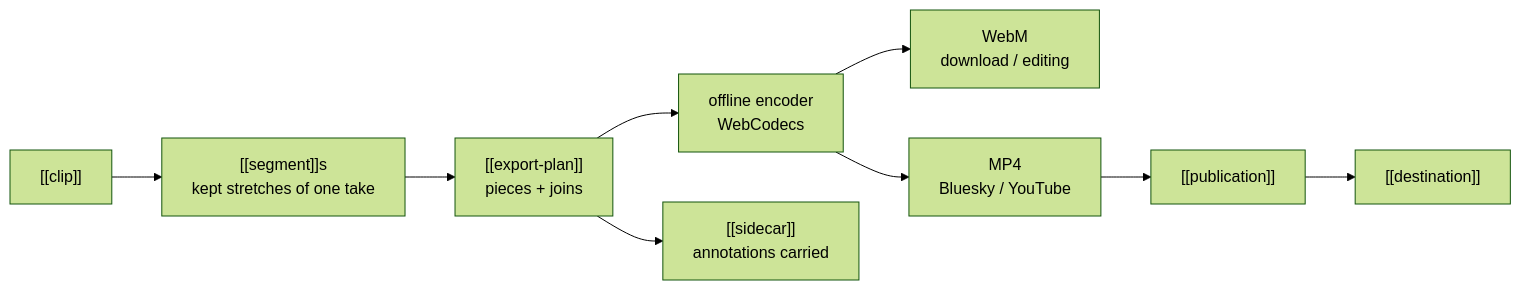
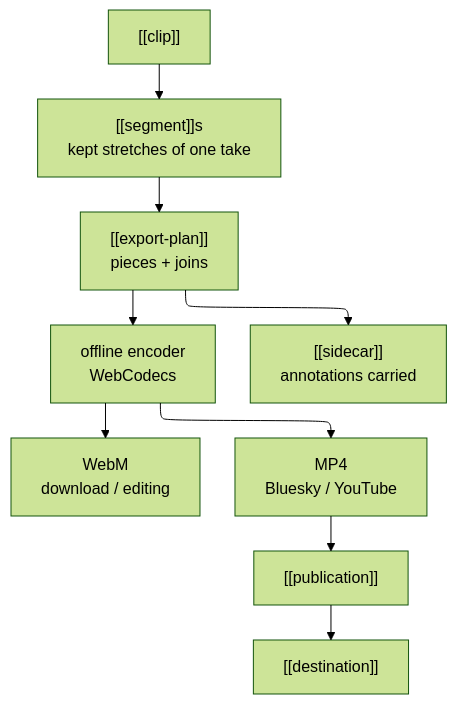
One commit to acs/democlip changed the fourth of 6 diagrams in docs/ontology/solution-domain.md. Above: the diagram before and after it, drawn with Mermaid (forest theme). The commit also changed other lines of this file and 3 other files, not shown here.

First line of the commit message:
docs: lay the ontology diagrams out with ELK, and keep them square

````diff
--- a/docs/ontology/solution-domain.md
+++ b/docs/ontology/solution-domain.md
@@ -206,11 +209,12 @@
 ```mermaid
-flowchart LR
+%%{init: {"layout": "elk"}}%%
+flowchart TB
     clip["[[clip]]"] --> seg["[[segment]]s<br/>kept stretches of one take"]
     seg --> plan["[[export-plan]]<br/>pieces + joins"]
     plan --> enc["offline encoder<br/>WebCodecs"]
     enc --> webm["WebM<br/>download / editing"]
     enc --> mp4["MP4<br/>Bluesky / YouTube"]
     plan --> sidecar["[[sidecar]]<br/>annotations carried"]
     mp4 --> pub["[[publication]]"]
     pub --> dest["[[destination]]"]
 ```
````
